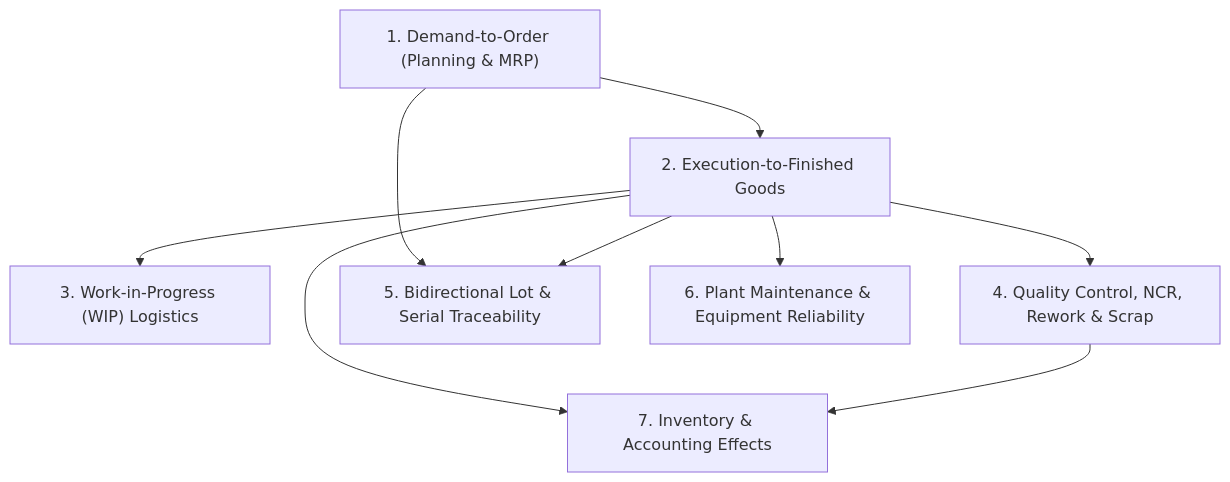
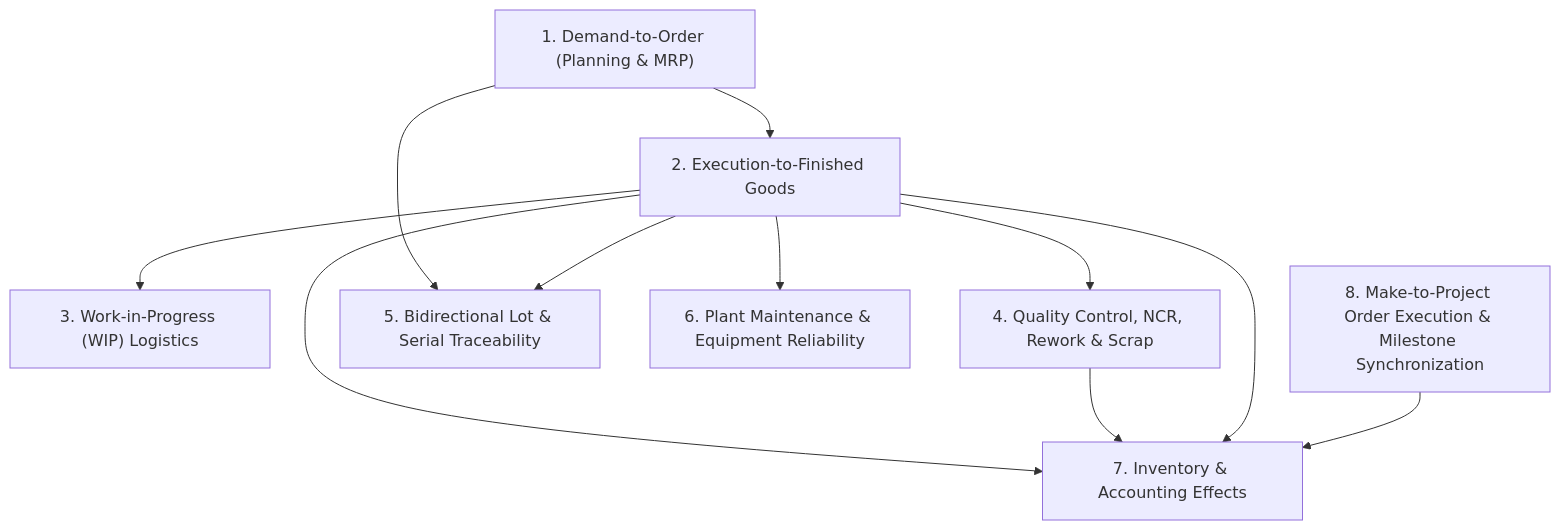
One commit to Warrgyizmorsch/wm-product-saas changed the first of 9 diagrams in docs/user-manuals/production/WORKFLOWS.md. Above: the diagram before and after it, drawn with Mermaid. The commit also changed other lines of this file and 23 other files, not shown here.

````diff
--- a/docs/user-manuals/production/WORKFLOWS.md
+++ b/docs/user-manuals/production/WORKFLOWS.md
@@ -14,9 +14,10 @@
 ```mermaid
 graph TD
     W1["1. Demand-to-Order (Planning & MRP)"] --> W2["2. Execution-to-Finished Goods"]
     W2 --> W3["3. Work-in-Progress (WIP) Logistics"]
     W2 --> W4["4. Quality Control, NCR, Rework & Scrap"]
     W1 & W2 --> W5["5. Bidirectional Lot & Serial Traceability"]
     W2 --> W6["6. Plant Maintenance & Equipment Reliability"]
     W2 & W4 --> W7["7. Inventory & Accounting Effects"]
+    W2 & W8["8. Make-to-Project Order Execution & Milestone Synchronization"] --> W7
 ```
````
